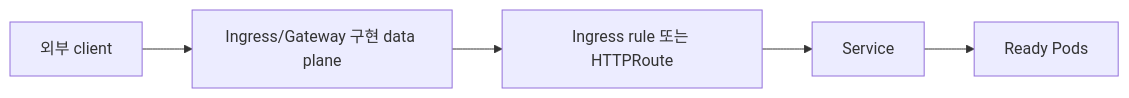
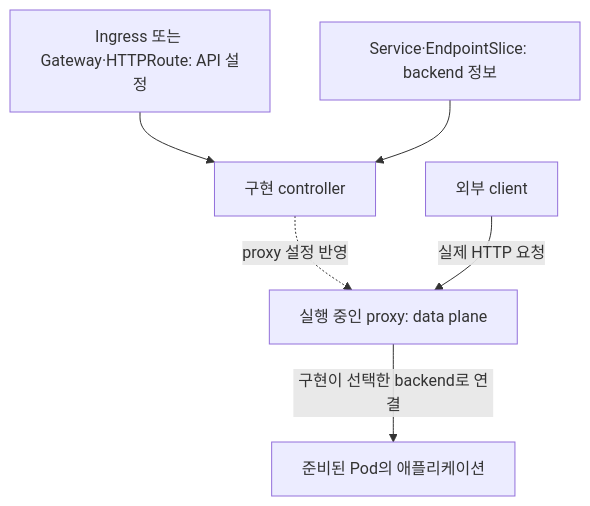
Before and after one commit to mj006648/netai-devsecops-runbook: the third of 3 diagrams in learning/kubernetes/05-networking-services.md, drawn with Mermaid. The commit also changed other lines of this file and 116 other files, not shown here.

````diff
--- a/learning/kubernetes/05-networking-services.md
+++ b/learning/kubernetes/05-networking-services.md
@@ -88,7 +155,8 @@
 ```mermaid
-flowchart LR
-    U["외부 client"] --> G["Ingress/Gateway 구현 data plane"]
-    G --> R["Ingress rule 또는 HTTPRoute"]
-    R --> S["Service"]
-    S --> P["Ready Pods"]
+flowchart TB
+    Rules["Ingress 또는 Gateway·HTTPRoute: API 설정"] --> C["구현 controller"]
+    C -. "proxy 설정 반영" .-> G["실행 중인 proxy: data plane"]
+    ES["Service·EndpointSlice: backend 정보"] --> C
+    U["외부 client"] -->|"실제 HTTP 요청"| G
+    G -->|"구현이 선택한 backend로 연결"| P["준비된 Pod의 애플리케이션"]
 ```
````
